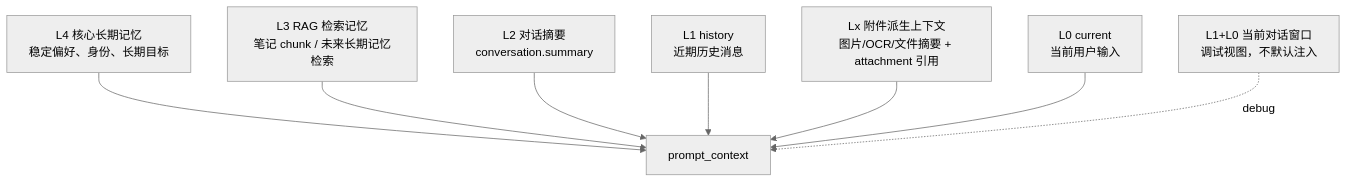
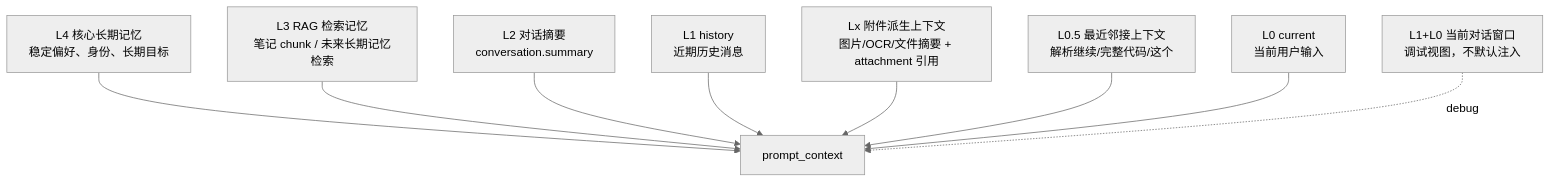
One commit to LiuJiaxuan1024/AiMemo changed the first of 2 diagrams in docs/agent/context-pyramid.md. Above: the diagram before and after it, drawn with Mermaid (neutral theme). The commit also changed other lines of this file and 49 other files, not shown here.

````diff
--- a/docs/agent/context-pyramid.md
+++ b/docs/agent/context-pyramid.md
@@ -27,10 +27,11 @@
 ```mermaid
 flowchart TB
     L4[L4 核心长期记忆<br/>稳定偏好、身份、长期目标] --> Prompt[prompt_context]
     L3[L3 RAG 检索记忆<br/>笔记 chunk / 未来长期记忆检索] --> Prompt
     L2[L2 对话摘要<br/>conversation.summary] --> Prompt
     L1[L1 history<br/>近期历史消息] --> Prompt
     LX[Lx 附件派生上下文<br/>图片/OCR/文件摘要 + attachment 引用] --> Prompt
+    L05[L0.5 最近邻接上下文<br/>解析继续/完整代码/这个] --> Prompt
     L0[L0 current<br/>当前用户输入] --> Prompt
     Window[L1+L0 当前对话窗口<br/>调试视图，不默认注入] -. debug .-> Prompt
 ```
````
